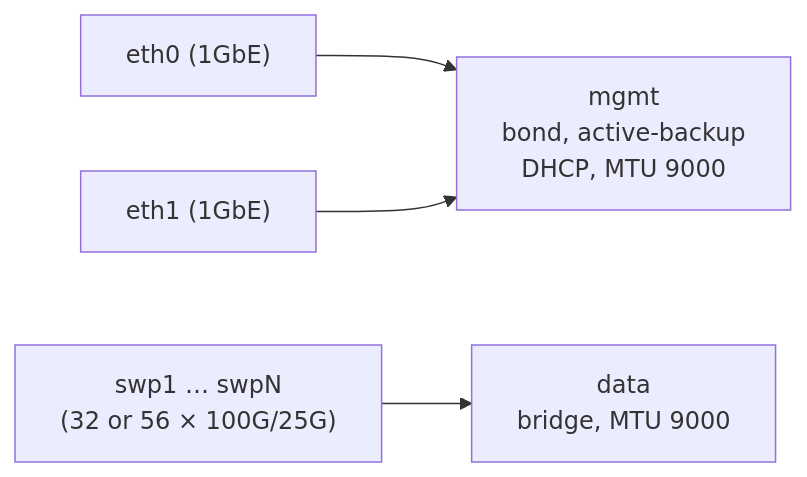
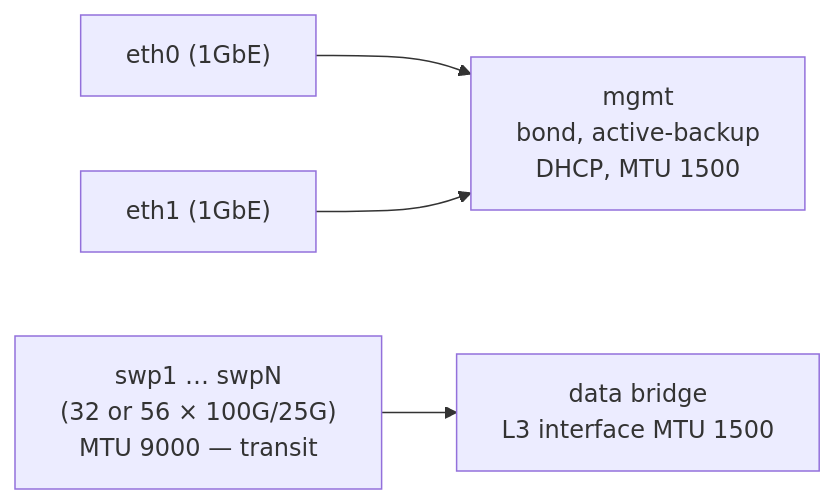
One commit to suykerbuyk/mlnx-sw-os changed the second of 2 diagrams in docs/architecture.md. Above: the diagram before and after it, drawn with Mermaid. The commit also changed other lines of this file and 1 other file, not shown here.

````diff
--- a/docs/architecture.md
+++ b/docs/architecture.md
@@ -236,9 +364,9 @@
 ```mermaid
 flowchart LR
     eth0["eth0 (1GbE)"] --> mgmt
     eth1["eth1 (1GbE)"] --> mgmt
-    mgmt["mgmt<br/>bond, active-backup<br/>DHCP, MTU 9000"]
+    mgmt["mgmt<br/>bond, active-backup<br/>DHCP, MTU 1500"]
 
-    swp["swp1 … swpN<br/>(32 or 56 × 100G/25G)"] --> data
-    data["data<br/>bridge, MTU 9000"]
+    swp["swp1 … swpN<br/>(32 or 56 × 100G/25G)<br/>MTU 9000 — transit"] --> data
+    data["data bridge<br/>L3 interface MTU 1500"]
 ```
````
